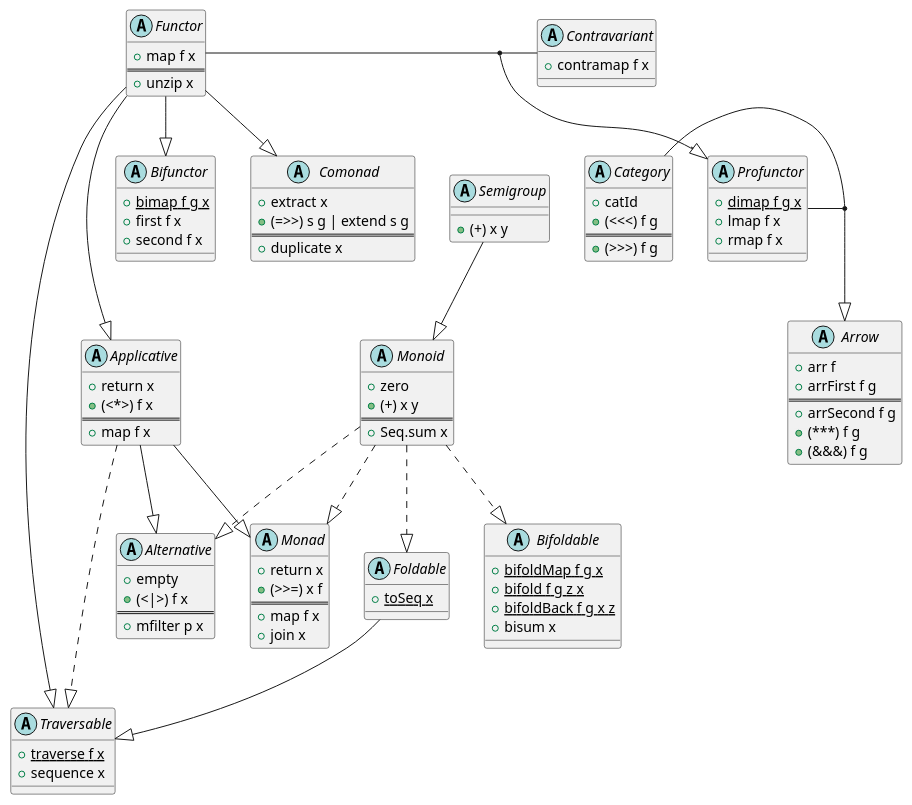
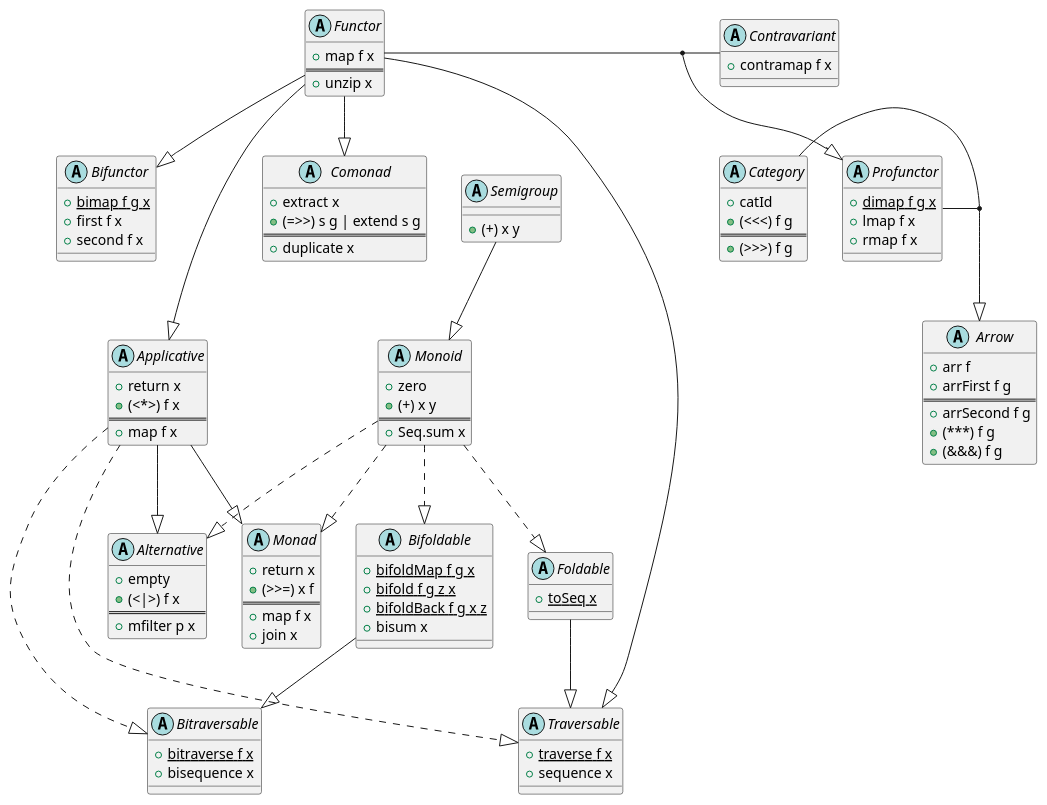
Before and after one commit to fsprojects/FSharpPlus: the diagram in docsrc/tools/templates/abstractions.plantuml, drawn with PlantUML. The commit also changed 8 other files, not shown here.

```diff
--- a/docsrc/tools/templates/abstractions.plantuml
+++ b/docsrc/tools/templates/abstractions.plantuml
@@ -1,126 +1,133 @@
 @startuml
 skinparam svgDimensionStyle false
 
 together {
 	abstract class Semigroup [[http://fsprojects.github.io/FSharpPlus/abstraction-semigroup.html]] {
 	  + (+) x y [[[http://fsprojects.github.io/FSharpPlus/abstraction-semigroup.html#plus {Appends two semigroups} ]]]
 	}
 
 	abstract class Comonad [[http://fsprojects.github.io/FSharpPlus/abstraction-comonad.html]] {
 	  + extract x [[[http://fsprojects.github.io/FSharpPlus/abstraction-comonad.html#extract]]]
 	  + (=>>) s g | extend s g [[[http://fsprojects.github.io/FSharpPlus/abstraction-comonad.html#extend]]]
 	  ==
 	  + duplicate x
 	}
 }
 
 abstract class Monoid [[http://fsprojects.github.io/FSharpPlus/abstraction-monoid.html]] {
   + zero [[[http://fsprojects.github.io/FSharpPlus/abstraction-monoid.html#zero {Identity for (+)} ]]]
   + (+) x y [[[http://fsprojects.github.io/FSharpPlus/abstraction-monoid.html#plus {Appends both monoids} ]]]
   ==
   + Seq.sum x [[[http://fsprojects.github.io/FSharpPlus/abstraction-monoid.html#sum {Flatten a sequence of monoids} ]]]
 }
 
 
 abstract class Functor [[http://fsprojects.github.io/FSharpPlus/abstraction-functor.html]] {
   + map f x [[[http://fsprojects.github.io/FSharpPlus/abstraction-functor.html#map {Lift a function into a Functor} ]]]
   ==
   + unzip x
 }
 
 abstract class Contravariant [[http://fsprojects.github.io/FSharpPlus/abstraction-contravariant.html]] {
   + contramap f x [[[http://fsprojects.github.io/FSharpPlus/abstraction-contravariant.html#contramap]]]
 }
 
 
 abstract class Applicative [[http://fsprojects.github.io/FSharpPlus/abstraction-applicative.html]] {
   + return x [[[http://fsprojects.github.io/FSharpPlus/abstraction-monad.html#return {Lift a value into a Functor} ]]]
   + (<*>) f x [[[http://fsprojects.github.io/FSharpPlus/abstraction-applicative.html {Apply a lifted argument to a lifted function} ]]]
   ==
   + map f x [[[http://fsprojects.github.io/FSharpPlus/abstraction-functor.html#map {Lift a function into a Functor} ]]]
 }
 
 abstract class Alternative [[http://fsprojects.github.io/FSharpPlus/abstraction-alternative.html]] {
   + empty [[[http://fsprojects.github.io/FSharpPlus/abstraction-alternative.html]]]
   + (<|>) f x [[[http://fsprojects.github.io/FSharpPlus/abstraction-alternative.html]]]
   ==
   + mfilter p x [[[http://fsprojects.github.io/FSharpPlus/abstraction-alternative.html#mfilter {Returns all values satisfying the predicate, if the predicate returns false will use the empty value} ]]]
 }
 
 abstract class Monad [[http://fsprojects.github.io/FSharpPlus/abstraction-monad.html]] {
   + return x [[[http://fsprojects.github.io/FSharpPlus/abstraction-monad.html#return {Lift a value into a Functor} ]]]
   + (>>=) x f [[[http://fsprojects.github.io/FSharpPlus/abstraction-monad.html#bind {Takes a monadic value and a function from a plain type to a monadic value, and returns a new monadic value} ]]]
   ==
   + map f x [[[http://fsprojects.github.io/FSharpPlus/abstraction-functor.html#map {Lift a function into a Functor} ]]]
   + join x [[[http://fsprojects.github.io/FSharpPlus/abstraction-functor.html#join {Flattens two layers of monadic information into one} ]]]
 }
 
 
 abstract class Bifunctor [[http://fsprojects.github.io/FSharpPlus/abstraction-bifunctor.html]] {
   + {static} bimap f g x [[[http://fsprojects.github.io/FSharpPlus/abstraction-bifunctor.html#bimap]]]
   + first f x [[[http://fsprojects.github.io/FSharpPlus/abstraction-bifunctor.html#first]]]
   + second f x [[[http://fsprojects.github.io/FSharpPlus/abstraction-bifunctor.html#second]]]
 }
 
 
 
 abstract class Foldable [[http://fsprojects.github.io/FSharpPlus/abstraction-foldable.html]] {
   {static} + toSeq x [[[http://fsprojects.github.io/FSharpPlus/abstraction-foldable.html#toSeq {Converts to a seq} ]]]
 }
 
 abstract class Bifoldable [[http://fsprojects.github.io/FSharpPlus/abstraction-bifoldable.html]] {
   {static} + bifoldMap f g x [[[http://fsprojects.github.io/FSharpPlus/abstraction-bifoldable.html#bifoldMap]]]
   {static} + bifold f g z x [[[http://fsprojects.github.io/FSharpPlus/abstraction-bifoldable.html#bifold]]]
   {static} + bifoldBack f g x z [[[http://fsprojects.github.io/FSharpPlus/abstraction-bifoldable.html#bifoldBack]]]
   + bisum x [[[http://fsprojects.github.io/FSharpPlus/abstraction-bifoldable.html#bisum]]]
 }
 
 abstract class Traversable [[http://fsprojects.github.io/FSharpPlus/abstraction-traversable.html]] {
   {static} + traverse f x [[[http://fsprojects.github.io/FSharpPlus/abstraction-traversable.html#traverse {Map each element of a structure to an action, evaluate them left to right and collect result }]]]
   + sequence x [[[http://fsprojects.github.io/FSharpPlus/abstraction-traversable.html#sequence {Evaluate each action in the structure left to right and collect the result } ]]]
 }
 
+abstract class Bitraversable [[http://fsprojects.github.io/FSharpPlus/abstraction-bitraversable.html]] {
+  {static} + bitraverse f x [[[http://fsprojects.github.io/FSharpPlus/abstraction-bitraversable.html#bitraverse {Evaluates the relevant functions at each element in the structure, running the action, and collect results }]]]
+  + bisequence x [[[http://fsprojects.github.io/FSharpPlus/abstraction-bitraversable.html#bisequence {Sequences all the actions in a structure, building a new structure with the same shape using the results of the actions } ]]]
+}
+
 together {
 	abstract class Profunctor [[http://fsprojects.github.io/FSharpPlus/abstraction-profunctor.html]] {
 	  + {static} dimap f g x [[[http://fsprojects.github.io/FSharpPlus/abstraction-profunctor.html#dimap]]]
 	  + lmap f x [[[http://fsprojects.github.io/FSharpPlus/abstraction-profunctor.html#lmap]]]
 	  + rmap f x [[[http://fsprojects.github.io/FSharpPlus/abstraction-profunctor.html#rmap]]]
 	}
 
 	abstract class Category [[http://fsprojects.github.io/FSharpPlus/abstraction-category.html]] {
 	  + catId [[[http://fsprojects.github.io/FSharpPlus/abstraction-category.html#catId {The identity morphism. }]]]
 	  + (<<<) f g [[[http://fsprojects.github.io/FSharpPlus/abstraction-category.html#catComp {Right-to-left morphism composition. } ]]]
 	  ==
 	  + (>>>) f g [[[http://fsprojects.github.io/FSharpPlus/abstraction-category.html#catComp {Left-to-right morphism composition. } ]]]
 	}
 }
 
 abstract class Arrow [[http://fsprojects.github.io/FSharpPlus/abstraction-arrow.html]] {
   + arr f [[[http://fsprojects.github.io/FSharpPlus/abstraction-arrow.html#arr {Lift a function to an arrow. }]]]
   + arrFirst f g [[[http://fsprojects.github.io/FSharpPlus/abstraction-arrow.html#arrFirst {Send the 1st component of the input through the argument arrow and copy the rest unchanged to the output. } ]]]
   ==
   + arrSecond f g [[[http://fsprojects.github.io/FSharpPlus/abstraction-arrow.html#arrSecond {Send the 2nd component of the input through the argument arrow and copy the rest unchanged to the output. } ]]]
   + (***) f g [[[http://fsprojects.github.io/FSharpPlus/abstraction-arrow.html#arrCombine {Split the input between the two argument arrows and combine their output. } ]]]
   + (&&&) f g [[[http://fsprojects.github.io/FSharpPlus/abstraction-arrow.html#fanout {Send the input to both argument arrows and combine their output. } ]]]
 }
 
 
 
 Semigroup  --|> Monoid 
 Functor  --|> Bifunctor
 Functor  --|> Applicative
 Applicative  --|> Monad
 Applicative  --|> Alternative
 Monoid ..|> Monad
 Monoid ..|> Foldable
 Monoid ..|> Bifoldable
 Functor --|> Comonad
 Functor --|> Traversable
 Foldable --|> Traversable
+Bifoldable --|> Bitraversable
+Applicative ..|> Bitraversable
 Applicative ..|> Traversable
 Monoid ..|> Alternative
 Functor - Contravariant
 (Functor, Contravariant) --|> Profunctor
 Profunctor - Category
 (Profunctor, Category) --|>  Arrow
 @enduml
```
